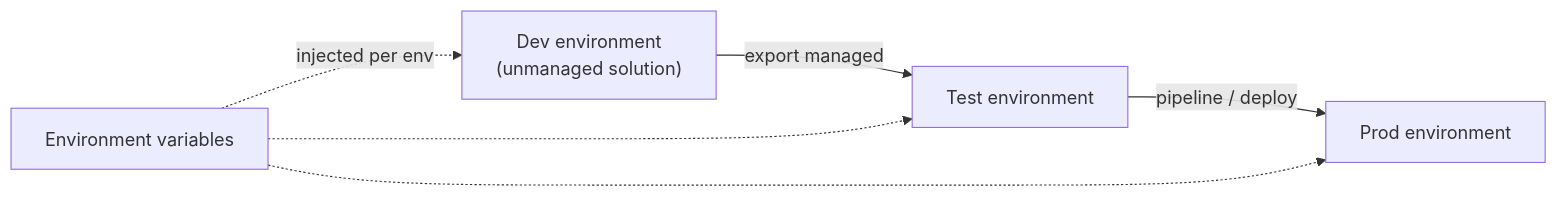
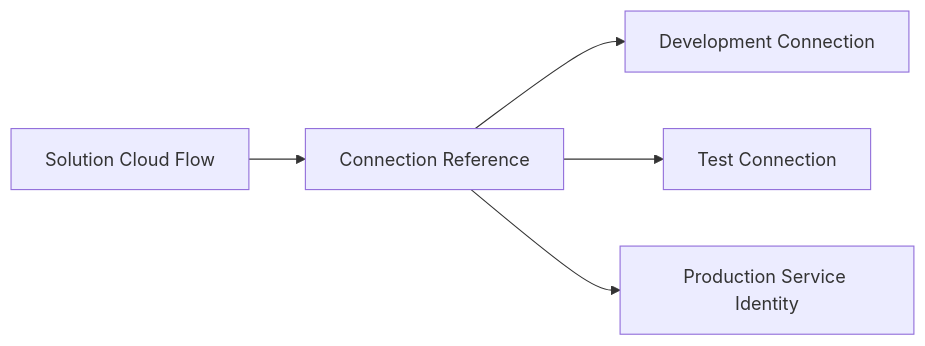
One commit to dartsen/knowledge-repository changed the tenth of 24 diagrams in 05-automation/power-automate/repeatable-patterns.md. Above: the diagram before and after it, drawn with Mermaid. The commit also changed other lines of this file, not shown here.

````diff
--- a/05-automation/power-automate/repeatable-patterns.md
+++ b/05-automation/power-automate/repeatable-patterns.md
@@ -113,8 +757,7 @@
 ```mermaid
 flowchart LR
-    DEV["Dev environment<br/>(unmanaged solution)"] -->|export managed| TEST["Test environment"]
-    TEST -->|pipeline / deploy| PROD["Prod environment"]
-    ENV["Environment variables"] -.injected per env.-> DEV
-    ENV -.-> TEST
-    ENV -.-> PROD
+    FLOW["Solution Cloud Flow"] --> CR["Connection Reference"]
+    CR --> DEV["Development Connection"]
+    CR --> TEST["Test Connection"]
+    CR --> PROD["Production Service Identity"]
 ```
````
